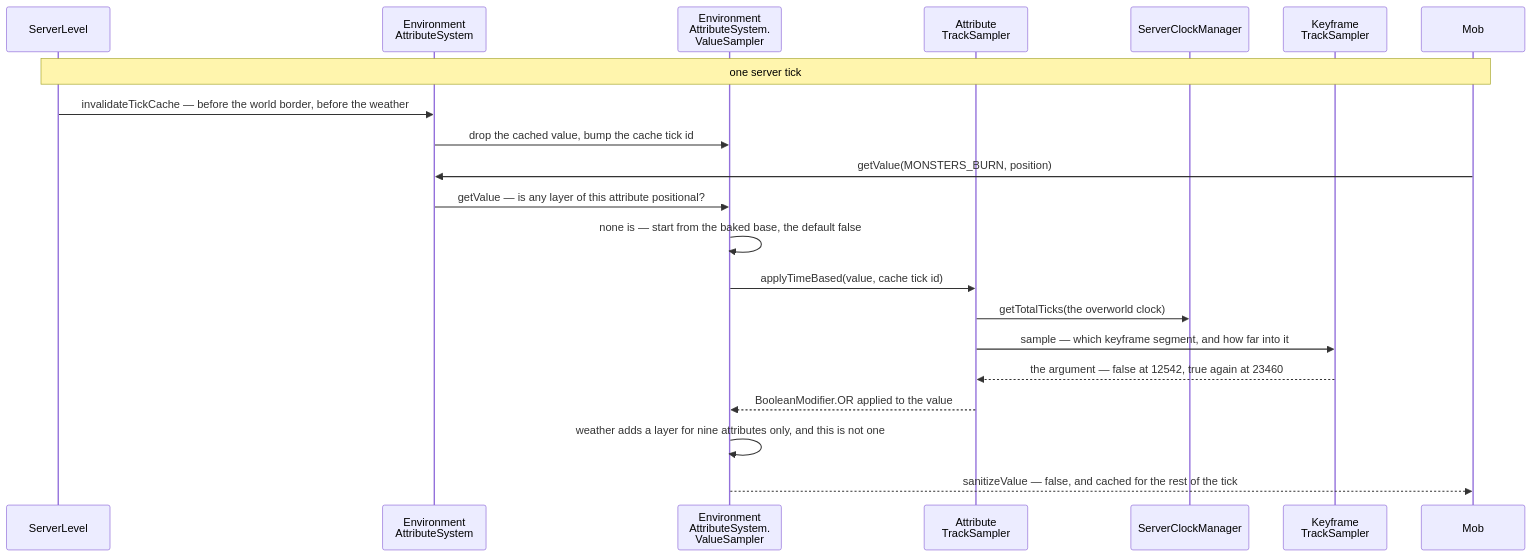
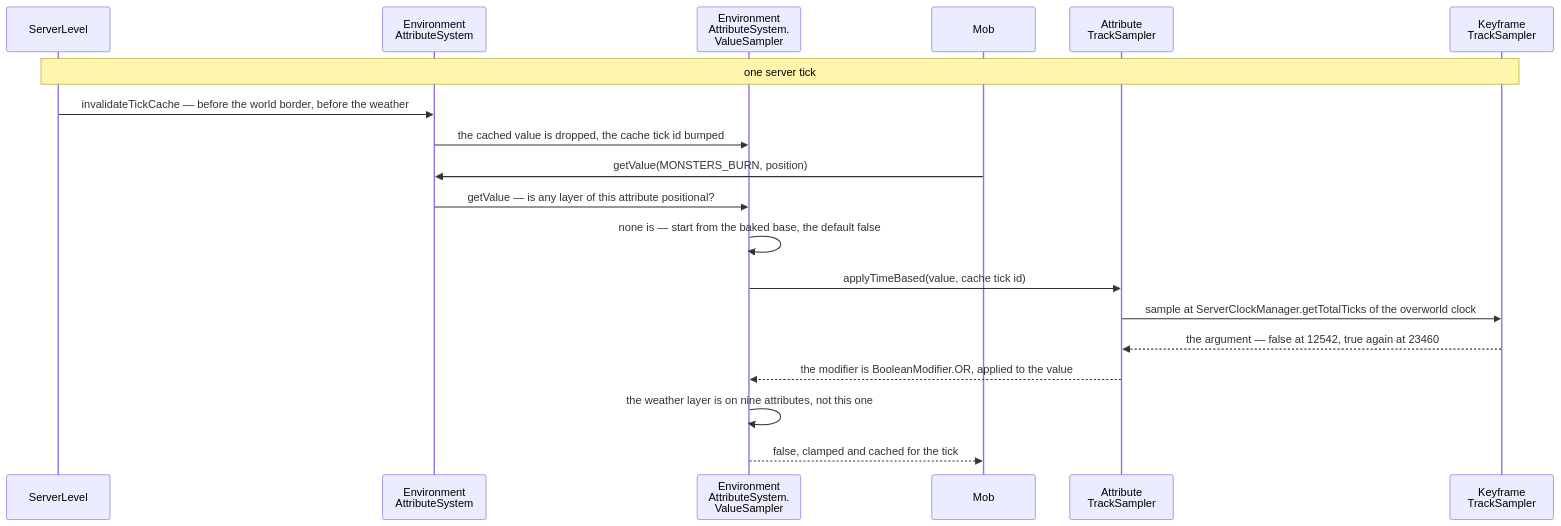
The second of 3 diagrams in src/systems/world/environment-attributes-and-timelines.md (AlexanderjFraser/MinecraftDocs), drawn with Mermaid before and after one commit. The commit also changed other lines of this file and 22 other files, not shown here.

````diff
--- a/src/systems/world/environment-attributes-and-timelines.md
+++ b/src/systems/world/environment-attributes-and-timelines.md
@@ -270,24 +290,22 @@
 ```mermaid
 sequenceDiagram
     participant SL as ServerLevel
     participant EAS as Environment<br/>AttributeSystem
     participant EVS as Environment<br/>AttributeSystem.<br/>ValueSampler
+    participant Mob as Mob
     participant ATS as Attribute<br/>TrackSampler
-    participant SCM as ServerClockManager
     participant KTS as Keyframe<br/>TrackSampler
-    participant Mob as Mob
 
-    Note over SL,Mob: one server tick
+    Note over SL,KTS: one server tick
     SL->>EAS: invalidateTickCache — before the world border, before the weather
-    EAS->>EVS: drop the cached value, bump the cache tick id
+    EAS->>EVS: the cached value is dropped, the cache tick id bumped
     Mob->>EAS: getValue(MONSTERS_BURN, position)
     EAS->>EVS: getValue — is any layer of this attribute positional?
     EVS->>EVS: none is — start from the baked base, the default false
     EVS->>ATS: applyTimeBased(value, cache tick id)
-    ATS->>SCM: getTotalTicks(the overworld clock)
-    ATS->>KTS: sample — which keyframe segment, and how far into it
+    ATS->>KTS: sample at ServerClockManager.getTotalTicks of the overworld clock
     KTS-->>ATS: the argument — false at 12542, true again at 23460
-    ATS-->>EVS: BooleanModifier.OR applied to the value
-    EVS->>EVS: weather adds a layer for nine attributes only, and this is not one
-    EVS-->>Mob: sanitizeValue — false, and cached for the rest of the tick
+    ATS-->>EVS: the modifier is BooleanModifier.OR, applied to the value
+    EVS->>EVS: the weather layer is on nine attributes, not this one
+    EVS-->>Mob: false, clamped and cached for the tick
 ```
````
